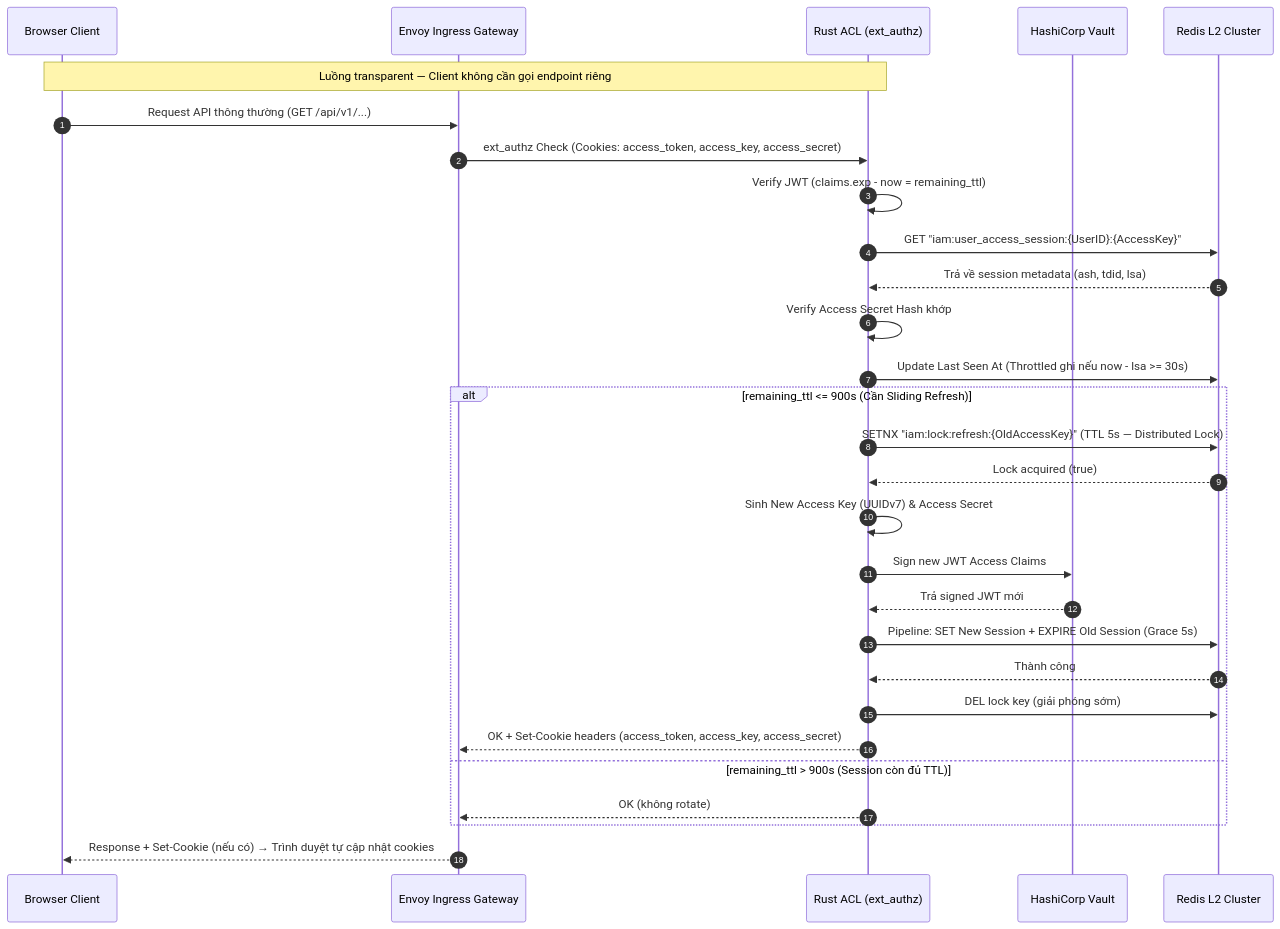
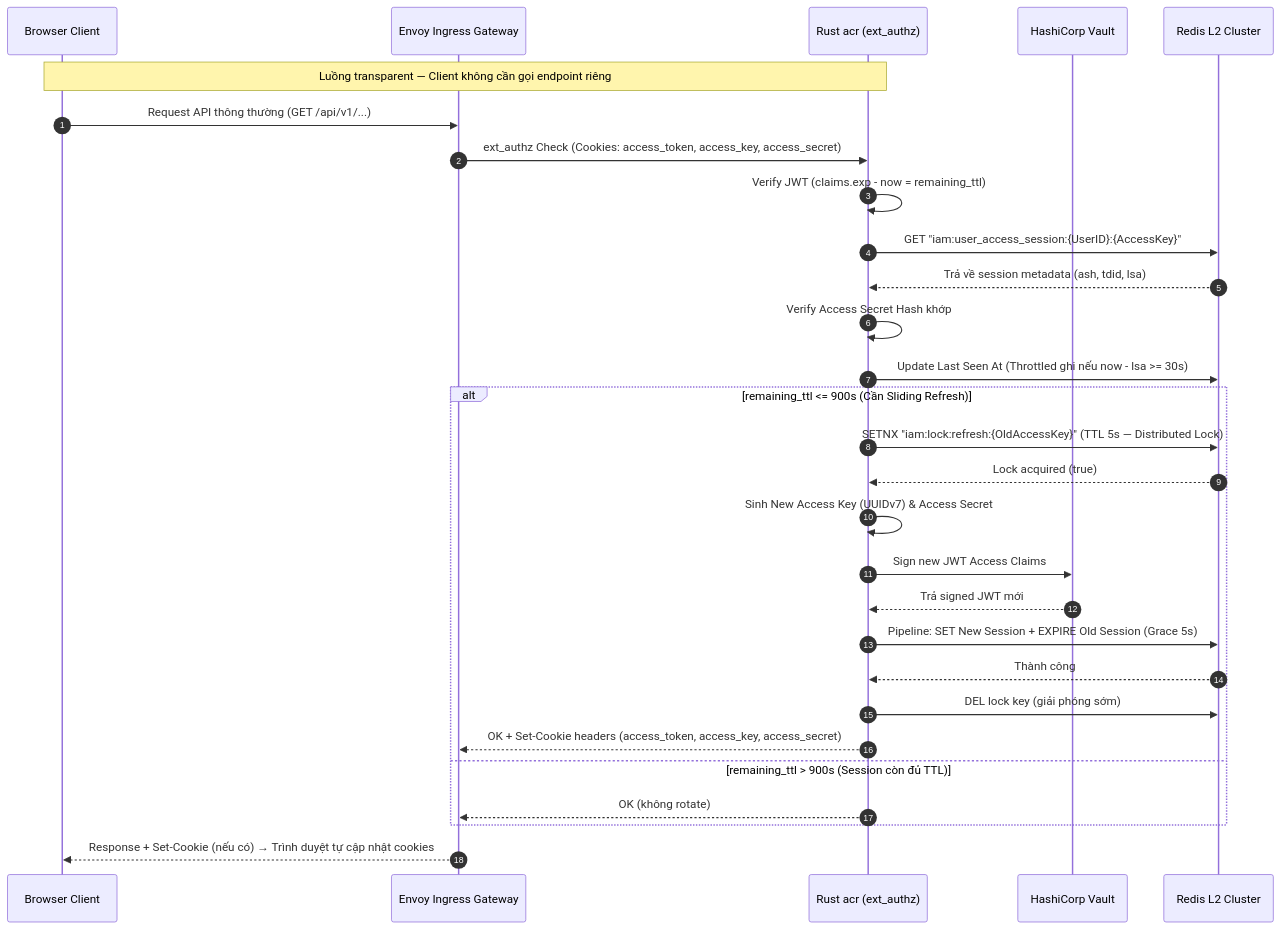
The second of 4 diagrams in god_view/iam/user_refresh_god_view_workflow.md (phucle996/aurora), drawn with Mermaid before and after one commit. The commit also changed other lines of this file and 72 other files, not shown here.

````diff
--- a/god_view/iam/user_refresh_god_view_workflow.md
+++ b/god_view/iam/user_refresh_god_view_workflow.md
@@ -107,34 +107,34 @@
 ```mermaid
 sequenceDiagram
     autonumber
     participant UI as Browser Client
     participant Envoy as Envoy Ingress Gateway
-    participant ACL as Rust ACL (ext_authz)
+    participant acr as Rust acr (ext_authz)
     participant Vault as HashiCorp Vault
     participant RDS as Redis L2 Cluster
 
-    Note over UI, ACL: Luồng transparent — Client không cần gọi endpoint riêng
+    Note over UI, acr: Luồng transparent — Client không cần gọi endpoint riêng
     UI->>Envoy: Request API thông thường (GET /api/v1/...)
-    Envoy->>ACL: ext_authz Check (Cookies: access_token, access_key, access_secret)
-    ACL->>ACL: Verify JWT (claims.exp - now = remaining_ttl)
-    ACL->>RDS: GET "iam:user_access_session:{UserID}:{AccessKey}"
-    RDS-->>ACL: Trả về session metadata (ash, tdid, lsa)
-    ACL->>ACL: Verify Access Secret Hash khớp
-    ACL->>RDS: Update Last Seen At (Throttled ghi nếu now - lsa >= 30s)
+    Envoy->>acr: ext_authz Check (Cookies: access_token, access_key, access_secret)
+    acr->>acr: Verify JWT (claims.exp - now = remaining_ttl)
+    acr->>RDS: GET "iam:user_access_session:{UserID}:{AccessKey}"
+    RDS-->>acr: Trả về session metadata (ash, tdid, lsa)
+    acr->>acr: Verify Access Secret Hash khớp
+    acr->>RDS: Update Last Seen At (Throttled ghi nếu now - lsa >= 30s)
     
     alt remaining_ttl <= 900s (Cần Sliding Refresh)
-        ACL->>RDS: SETNX "iam:lock:refresh:{OldAccessKey}" (TTL 5s — Distributed Lock)
-        RDS-->>ACL: Lock acquired (true)
-        ACL->>ACL: Sinh New Access Key (UUIDv7) & Access Secret
-        ACL->>Vault: Sign new JWT Access Claims
-        Vault-->>ACL: Trả signed JWT mới
-        ACL->>RDS: Pipeline: SET New Session + EXPIRE Old Session (Grace 5s)
-        RDS-->>ACL: Thành công
-        ACL->>RDS: DEL lock key (giải phóng sớm)
-        ACL-->>Envoy: OK + Set-Cookie headers (access_token, access_key, access_secret)
+        acr->>RDS: SETNX "iam:lock:refresh:{OldAccessKey}" (TTL 5s — Distributed Lock)
+        RDS-->>acr: Lock acquired (true)
+        acr->>acr: Sinh New Access Key (UUIDv7) & Access Secret
+        acr->>Vault: Sign new JWT Access Claims
+        Vault-->>acr: Trả signed JWT mới
+        acr->>RDS: Pipeline: SET New Session + EXPIRE Old Session (Grace 5s)
+        RDS-->>acr: Thành công
+        acr->>RDS: DEL lock key (giải phóng sớm)
+        acr-->>Envoy: OK + Set-Cookie headers (access_token, access_key, access_secret)
     else remaining_ttl > 900s (Session còn đủ TTL)
-        ACL-->>Envoy: OK (không rotate)
+        acr-->>Envoy: OK (không rotate)
     end
     
     Envoy-->>UI: Response + Set-Cookie (nếu có) → Trình duyệt tự cập nhật cookies
 ```
````
